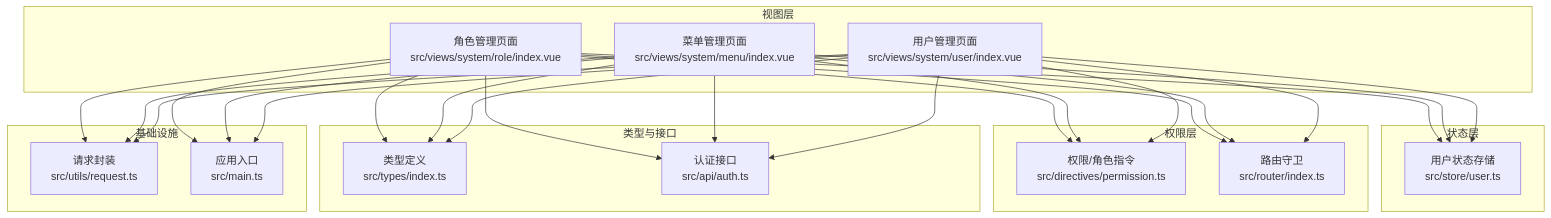
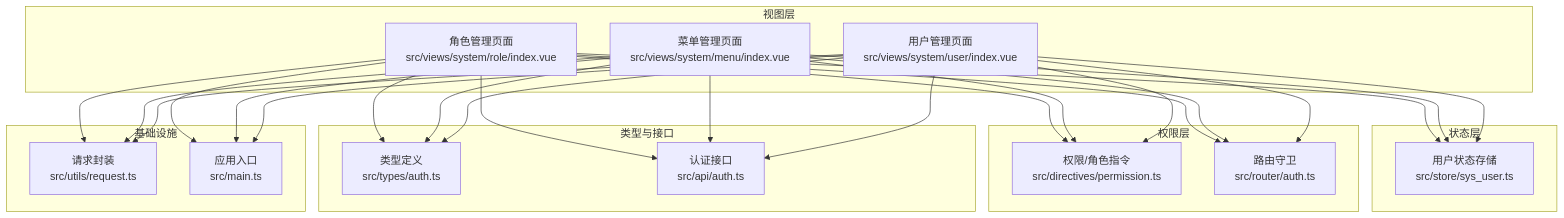
One commit to qiseyun/vue-ts-admin changed the first of 7 diagrams in .qoder/repowiki/zh/content/系统管理模块/角色管理.md. Above: the diagram before and after it, drawn with Mermaid. The commit also changed other lines of this file and 42 other files, not shown here.

````diff
--- a/.qoder/repowiki/zh/content/系统管理模块/角色管理.md
+++ b/.qoder/repowiki/zh/content/系统管理模块/角色管理.md
@@ -43,44 +43,44 @@
 ```mermaid
 graph TB
 subgraph "视图层"
 ROLE["角色管理页面<br/>src/views/system/role/index.vue"]
 MENU["菜单管理页面<br/>src/views/system/menu/index.vue"]
 USER["用户管理页面<br/>src/views/system/user/index.vue"]
 end
 subgraph "状态层"
-STORE["用户状态存储<br/>src/store/user.ts"]
+STORE["用户状态存储<br/>src/store/sys_user.ts"]
 end
 subgraph "权限层"
 DIRECTIVES["权限/角色指令<br/>src/directives/permission.ts"]
-ROUTER["路由守卫<br/>src/router/index.ts"]
+ROUTER["路由守卫<br/>src/router/auth.ts"]
 end
 subgraph "类型与接口"
-TYPES["类型定义<br/>src/types/index.ts"]
+TYPES["类型定义<br/>src/types/auth.ts"]
 AUTHAPI["认证接口<br/>src/api/auth.ts"]
 end
 subgraph "基础设施"
 REQUEST["请求封装<br/>src/utils/request.ts"]
 MAIN["应用入口<br/>src/main.ts"]
 end
 ROLE --> STORE
 ROLE --> DIRECTIVES
 ROLE --> ROUTER
 ROLE --> TYPES
 ROLE --> AUTHAPI
 ROLE --> REQUEST
 ROLE --> MAIN
 MENU --> STORE
 MENU --> DIRECTIVES
 MENU --> ROUTER
 MENU --> TYPES
 MENU --> AUTHAPI
 MENU --> REQUEST
 MENU --> MAIN
 USER --> STORE
 USER --> DIRECTIVES
 USER --> ROUTER
 USER --> TYPES
 USER --> AUTHAPI
 USER --> REQUEST
 USER --> MAIN
 ```
````
